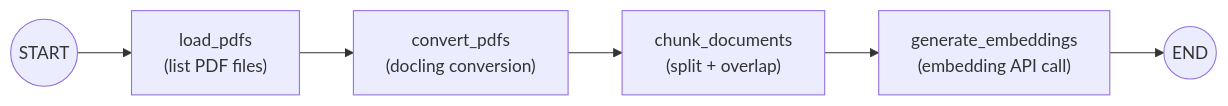
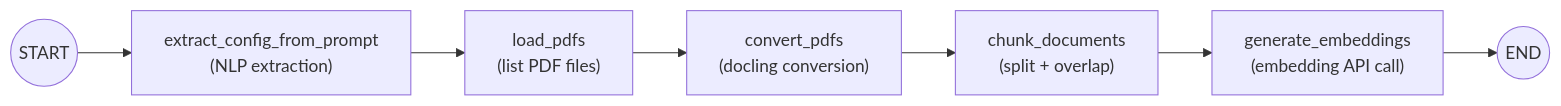
The first of 2 diagrams in README.md (mcaimi/docling-agent), drawn with Mermaid before and after one commit. The commit also changed other lines of this file and 1 other file, not shown here.

````diff
--- a/README.md
+++ b/README.md
@@ -78,8 +80,9 @@
 ```mermaid
 flowchart LR
-    START((START)) --> load["load_pdfs<br/>(list PDF files)"]
+    START((START)) --> extract["extract_config_from_prompt<br/>(NLP extraction)"]
+    extract --> load["load_pdfs<br/>(list PDF files)"]
     load --> convert["convert_pdfs<br/>(docling conversion)"]
     convert --> chunk["chunk_documents<br/>(split + overlap)"]
     chunk --> embed["generate_embeddings<br/>(embedding API call)"]
     embed --> END((END))
 ```
````
